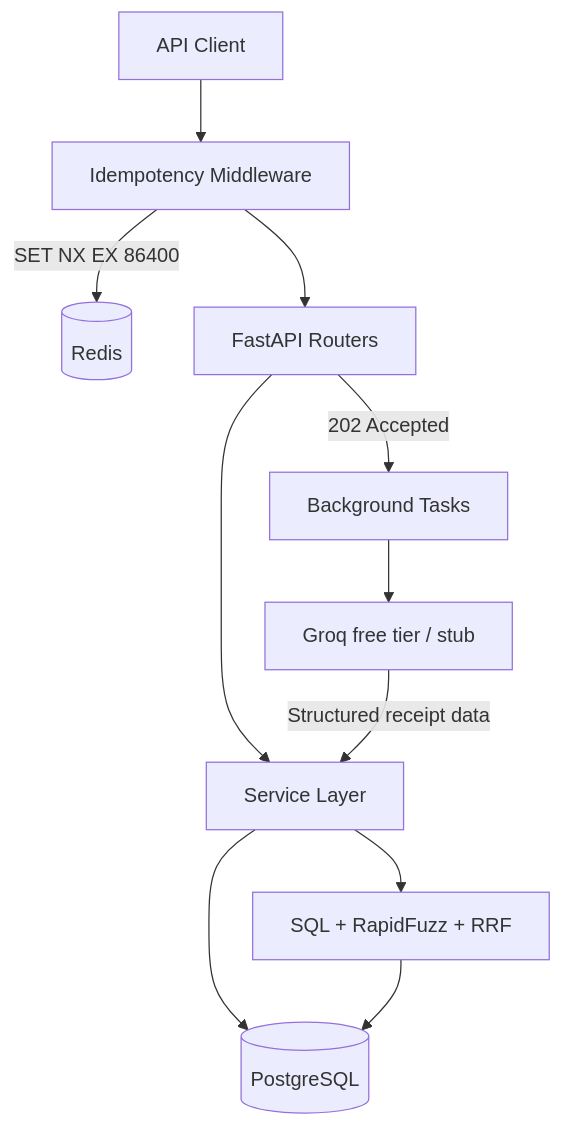
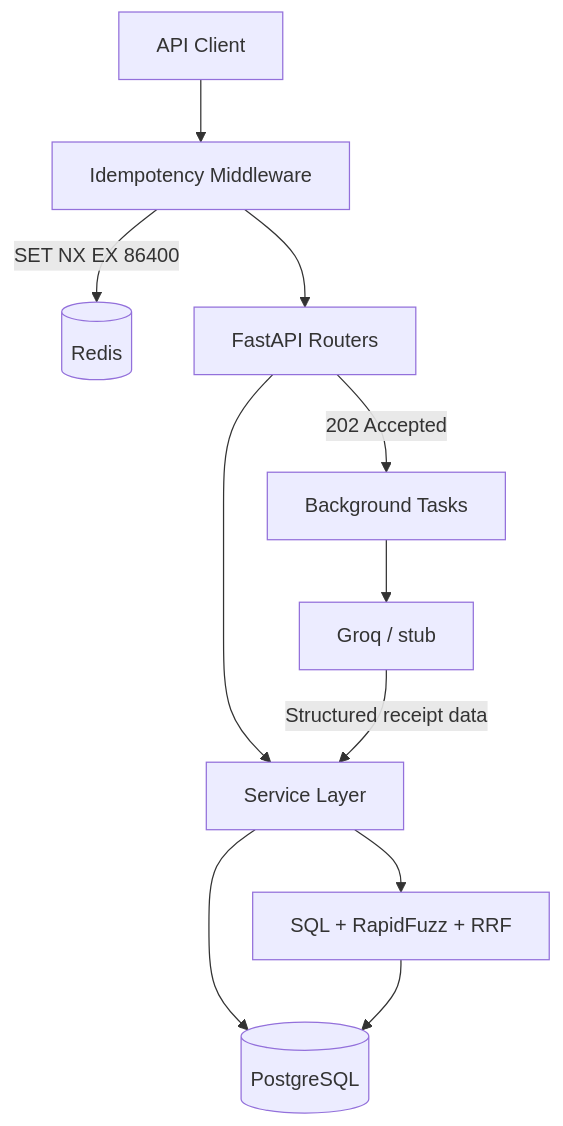
One commit to ikrame-ih/reckon-flow changed the diagram in README.md. Above: the diagram before and after it, drawn with Mermaid. The commit also changed other lines of this file and 58 other files, not shown here.

````diff
--- a/README.md
+++ b/README.md
@@ -27,13 +40,13 @@
 ```mermaid
 flowchart TD
   Client[API Client] --> MW[Idempotency Middleware]
   MW -->|"SET NX EX 86400"| Redis[(Redis)]
   MW --> Routers[FastAPI Routers]
   Routers --> Services[Service Layer]
   Services --> PG[(PostgreSQL)]
   Routers -->|"202 Accepted"| BG[Background Tasks]
-  BG --> LLM[Groq free tier / stub]
+  BG --> LLM[Groq / stub]
   LLM -->|Structured receipt data| Services
   Services --> Recon[SQL + RapidFuzz + RRF]
   Recon --> PG
 ```
````
